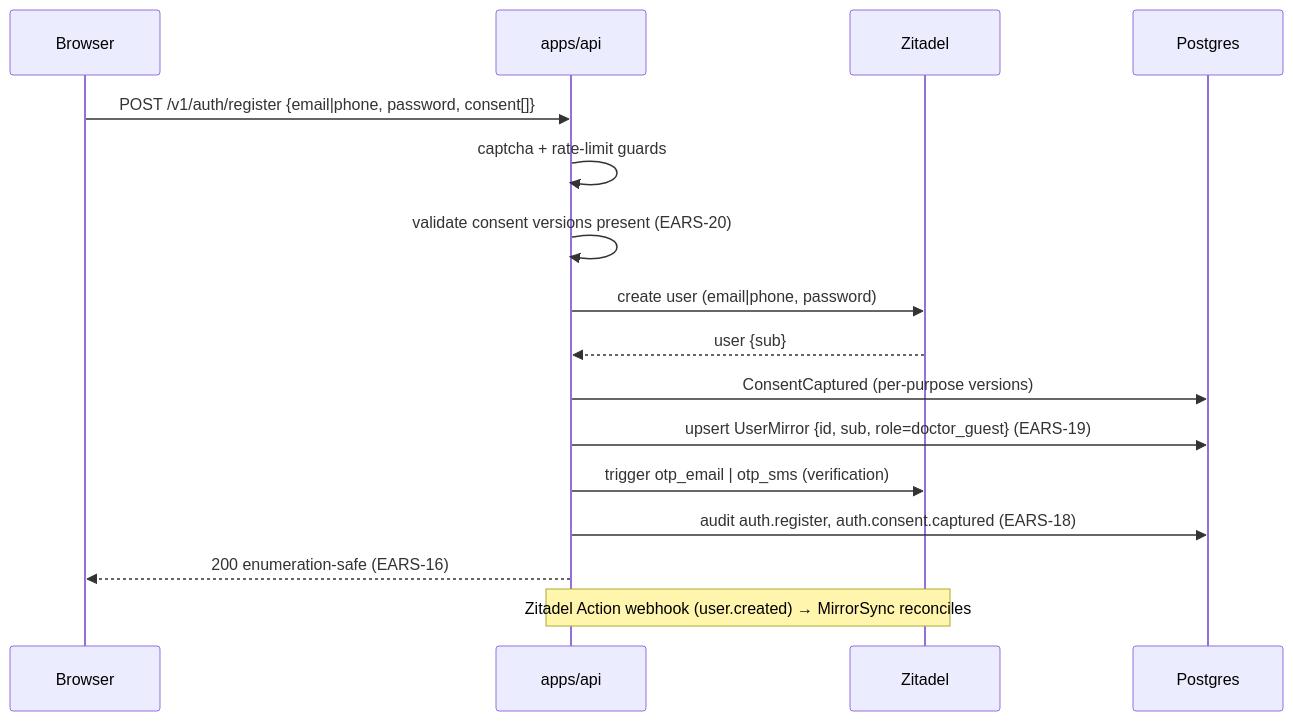
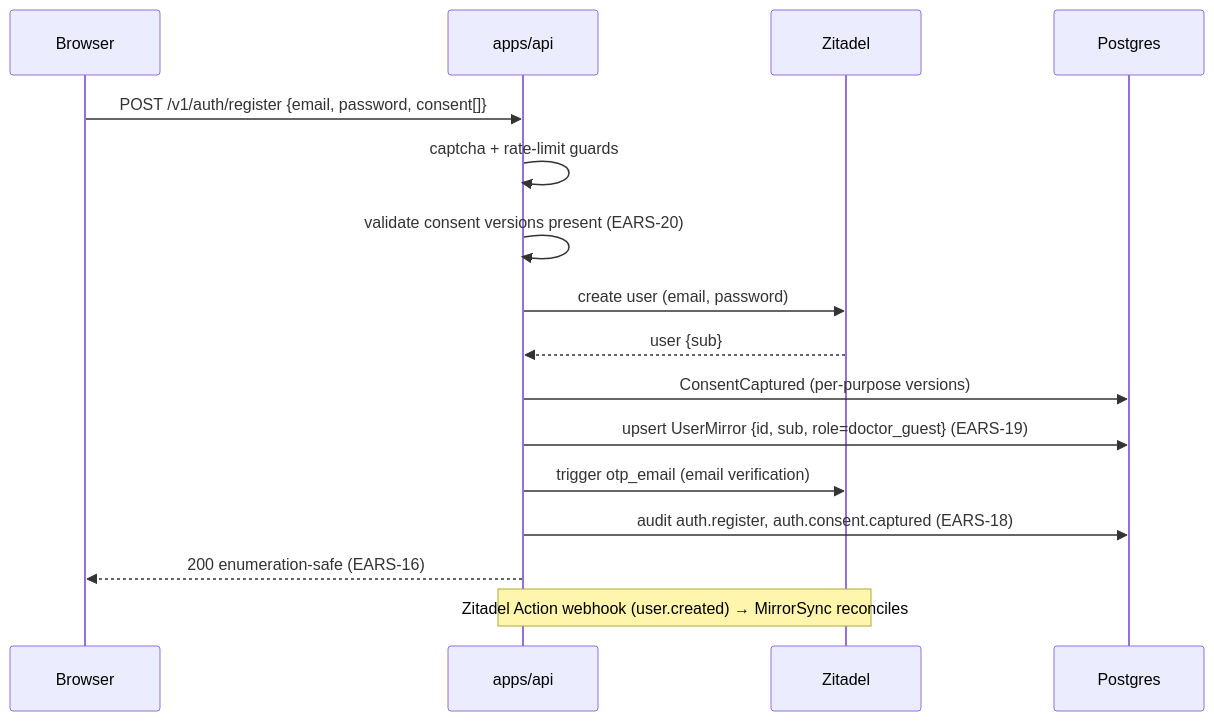
One commit to doctor-school/ds-platform changed the third of 4 diagrams in apps/docs/content/specs/features/003-user-authentication/003-design.md. Above: the diagram before and after it, drawn with Mermaid. The commit also changed other lines of this file and 20 other files, not shown here.

First line of the commit message:
feat(003): #202 email-primary registration — remove phone-only register channel (#204)

````diff
--- a/apps/docs/content/specs/features/003-user-authentication/003-design.md
+++ b/apps/docs/content/specs/features/003-user-authentication/003-design.md
@@ -98,18 +100,18 @@
 ```mermaid
 sequenceDiagram
   participant B as Browser
   participant API as apps/api
   participant Z as Zitadel
   participant PG as Postgres
-  B->>API: POST /v1/auth/register {email|phone, password, consent[]}
+  B->>API: POST /v1/auth/register {email, password, consent[]}
   API->>API: captcha + rate-limit guards
   API->>API: validate consent versions present (EARS-20)
-  API->>Z: create user (email|phone, password)
+  API->>Z: create user (email, password)
   Z-->>API: user {sub}
   API->>PG: ConsentCaptured (per-purpose versions)
   API->>PG: upsert UserMirror {id, sub, role=doctor_guest} (EARS-19)
-  API->>Z: trigger otp_email | otp_sms (verification)
+  API->>Z: trigger otp_email (email verification)
   API->>PG: audit auth.register, auth.consent.captured (EARS-18)
   API-->>B: 200 enumeration-safe (EARS-16)
   Note over Z,API: Zitadel Action webhook (user.created) → MirrorSync reconciles
 ```
````
